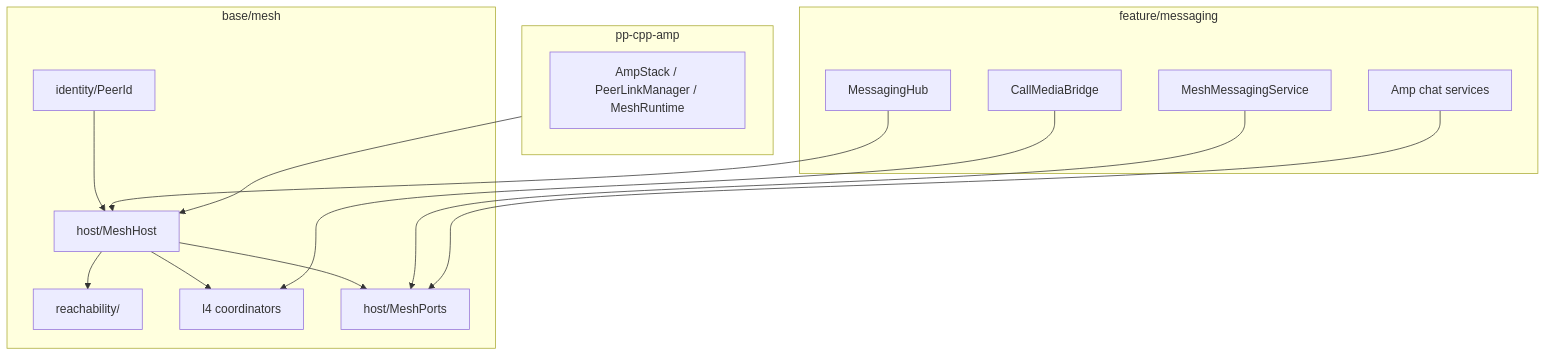
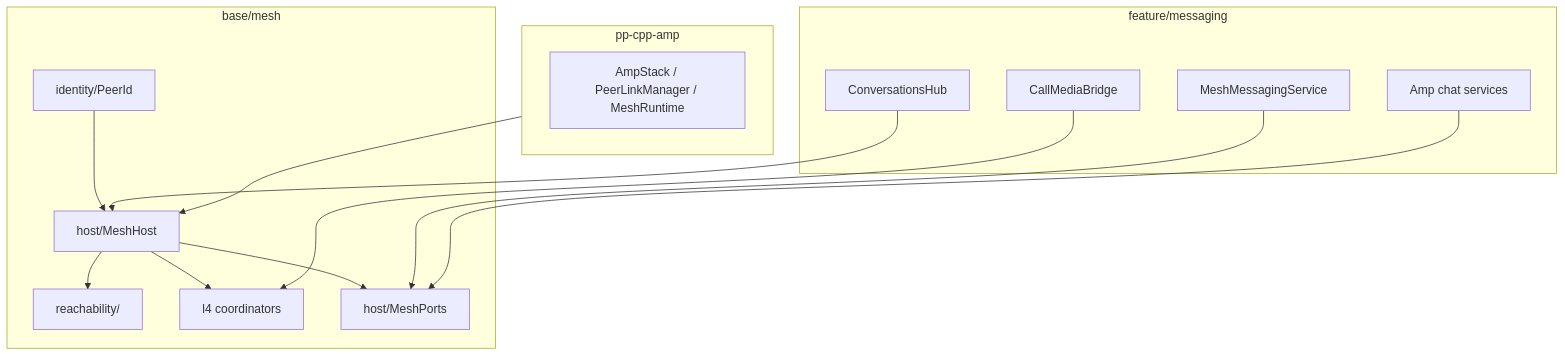
One commit to people-post/pp-browser changed the diagram in docs/architecture/MESH.md. Above: the diagram before and after it, drawn with Mermaid. The commit also changed 280 other files, not shown here.

First line of the commit message:
refactor: rename feature/messaging to feature/conversations

````diff
--- a/docs/architecture/MESH.md
+++ b/docs/architecture/MESH.md
@@ -10,31 +10,31 @@
 ```mermaid
 flowchart TB
   subgraph amp [pp-cpp-amp]
     Stack[AmpStack / PeerLinkManager / MeshRuntime]
   end
 
   subgraph mesh [base/mesh]
     Host[host/MeshHost]
     Identity[identity/PeerId]
     Reach[reachability/]
     L4[l4 coordinators]
     Ports[host/MeshPorts]
   end
 
   subgraph feature [feature/messaging]
-    Hub[MessagingHub]
+    Hub[ConversationsHub]
     MMS[MeshMessagingService]
     Chat[Amp chat services]
     Bridge[CallMediaBridge]
   end
 
   amp --> Host
   Identity --> Host
   Host --> L4
   Host --> Reach
   Host --> Ports
   Hub --> Host
   MMS --> Ports
   Chat --> Ports
   Bridge --> L4
 ```
````
